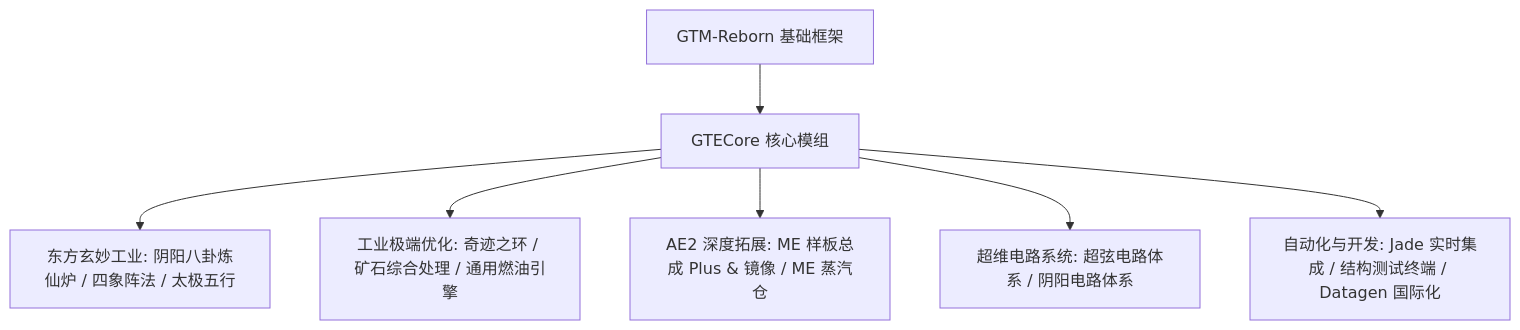
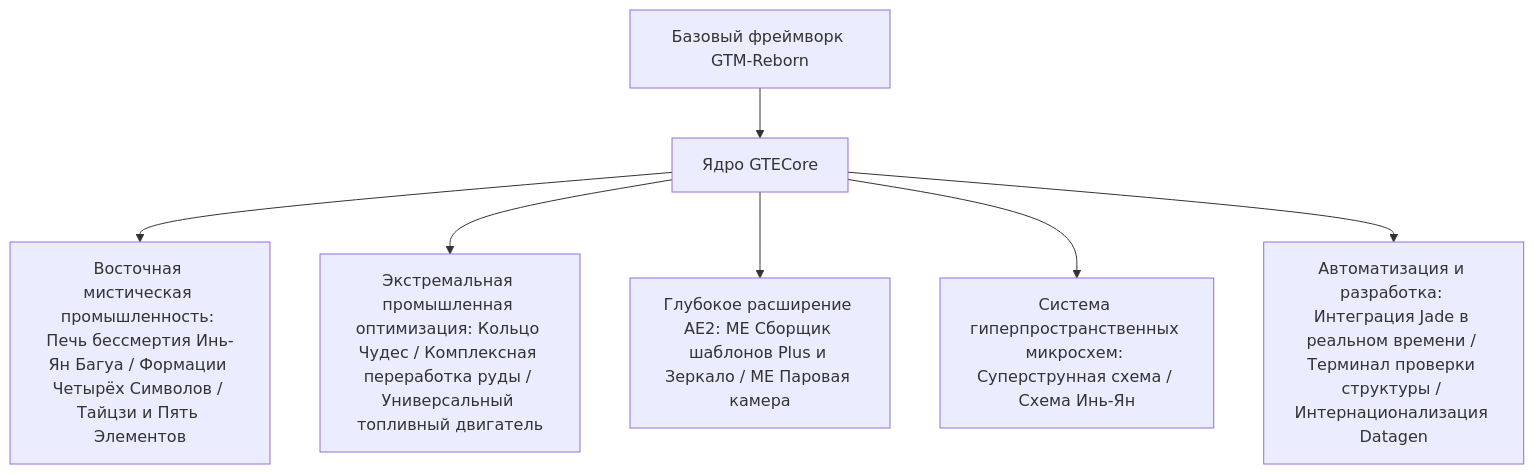
One commit to takanashisatou/GregtechEasy-Docs changed the diagram in docs/ru/gtecore/overview.md. Above: the diagram before and after it, drawn with Mermaid. The commit also changed other lines of this file and 99 other files, not shown here.

````diff
--- a/docs/ru/gtecore/overview.md
+++ b/docs/ru/gtecore/overview.md
@@ -9,9 +9,9 @@
 ```mermaid
 graph TD
-    A[GTM-Reborn 基础框架] --> B[GTECore 核心模组]
-    B --> C[东方玄妙工业: 阴阳八卦炼仙炉 / 四象阵法 / 太极五行]
-    B --> D[工业极端优化: 奇迹之环 / 矿石综合处理 / 通用燃油引擎]
-    B --> E[AE2 深度拓展: ME 样板总成 Plus & 镜像 / ME 蒸汽仓]
-    B --> F[超维电路系统: 超弦电路体系 / 阴阳电路体系]
-    B --> G[自动化与开发: Jade 实时集成 / 结构测试终端 / Datagen 国际化]
+    A[Базовый фреймворк GTM-Reborn] --> B[Ядро GTECore]
+    B --> C[Восточная мистическая промышленность: Печь бессмертия Инь-Ян Багуа / Формации Четырёх Символов / Тайцзи и Пять Элементов]
+    B --> D[Экстремальная промышленная оптимизация: Кольцо Чудес / Комплексная переработка руды / Универсальный топливный двигатель]
+    B --> E[Глубокое расширение AE2: ME Сборщик шаблонов Plus и Зеркало / ME Паровая камера]
+    B --> F[Система гиперпространственных микросхем: Суперструнная схема / Схема Инь-Ян]
+    B --> G[Автоматизация и разработка: Интеграция Jade в реальном времени / Терминал проверки структуры / Интернационализация Datagen]
 ```
````
